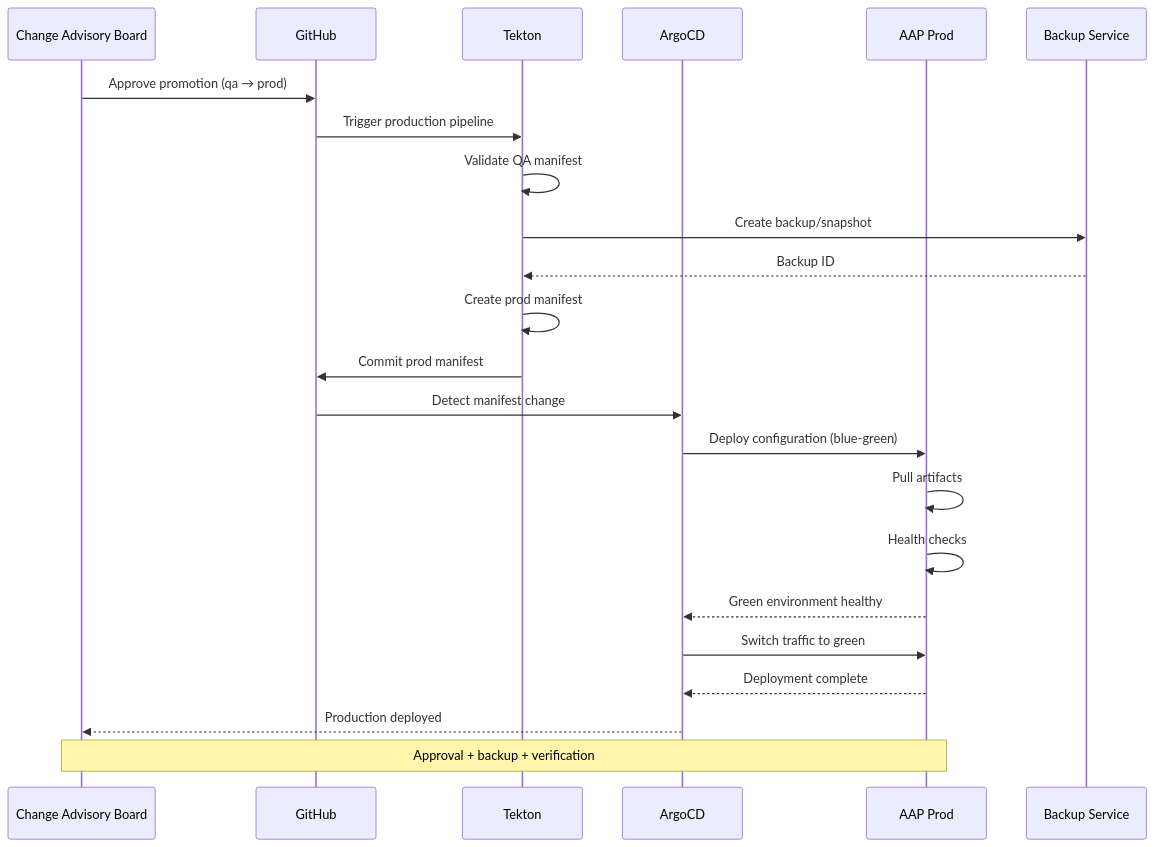
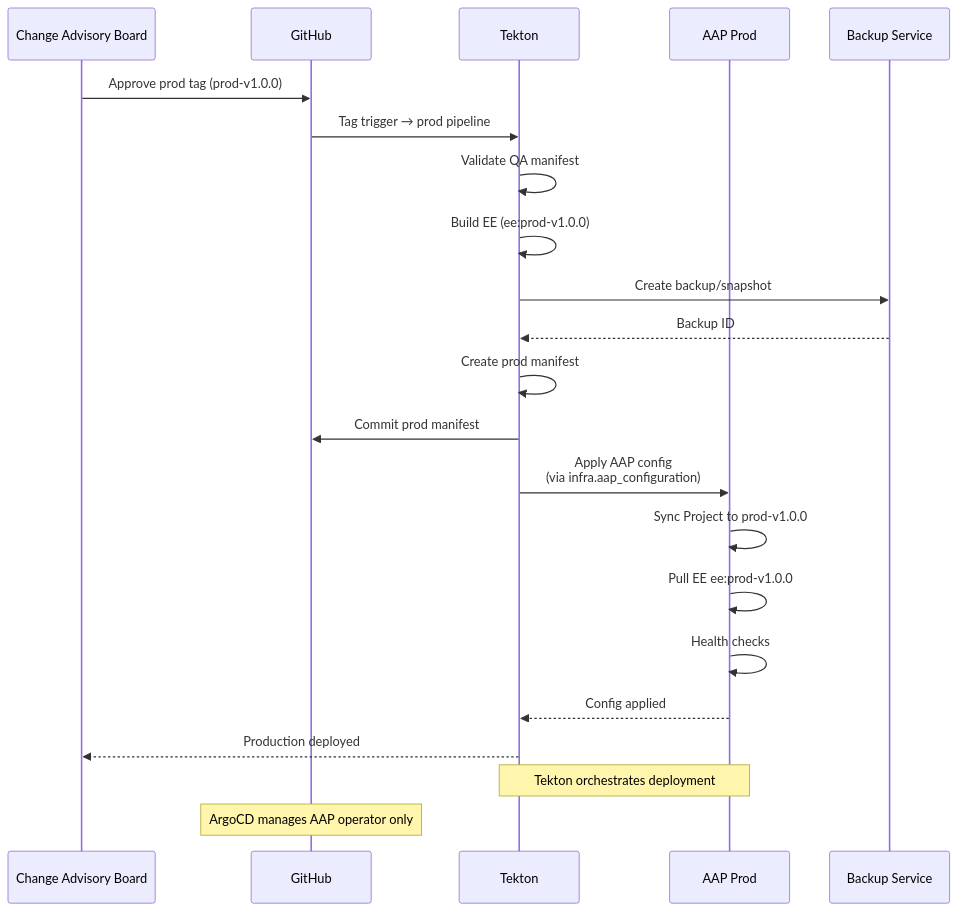
One commit to djdanielsson/rh1-docs changed the sixth of 17 diagrams in docs/diagrams/PROMOTION-FLOW.md. Above: the diagram before and after it, drawn with Mermaid. The commit also changed other lines of this file, not shown here.

````diff
--- a/docs/diagrams/PROMOTION-FLOW.md
+++ b/docs/diagrams/PROMOTION-FLOW.md
@@ -263,29 +312,28 @@
 ```mermaid
 sequenceDiagram
     participant CAB as Change Advisory Board
     participant GH as GitHub
     participant Tek as Tekton
-    participant Argo as ArgoCD
     participant AAP_P as AAP Prod
     participant Backup as Backup Service
 
-    CAB->>GH: Approve promotion (qa → prod)
-    GH->>Tek: Trigger production pipeline
+    CAB->>GH: Approve prod tag (prod-v1.0.0)
+    GH->>Tek: Tag trigger → prod pipeline
     
     Tek->>Tek: Validate QA manifest
+    Tek->>Tek: Build EE (ee:prod-v1.0.0)
     Tek->>Backup: Create backup/snapshot
     Backup-->>Tek: Backup ID
     Tek->>Tek: Create prod manifest
     Tek->>GH: Commit prod manifest
     
-    GH->>Argo: Detect manifest change
-    Argo->>AAP_P: Deploy configuration (blue-green)
-    AAP_P->>AAP_P: Pull artifacts
+    Tek->>AAP_P: Apply AAP config<br/>(via infra.aap_configuration)
+    AAP_P->>AAP_P: Sync Project to prod-v1.0.0
+    AAP_P->>AAP_P: Pull EE ee:prod-v1.0.0
     AAP_P->>AAP_P: Health checks
-    AAP_P-->>Argo: Green environment healthy
-    Argo->>AAP_P: Switch traffic to green
-    AAP_P-->>Argo: Deployment complete
-    Argo-->>CAB: Production deployed
+    AAP_P-->>Tek: Config applied
+    Tek-->>CAB: Production deployed
 
-    Note over CAB,AAP_P: Approval + backup + verification
+    Note over Tek,AAP_P: Tekton orchestrates deployment
+    Note over GH: ArgoCD manages AAP operator only
 ```
````
